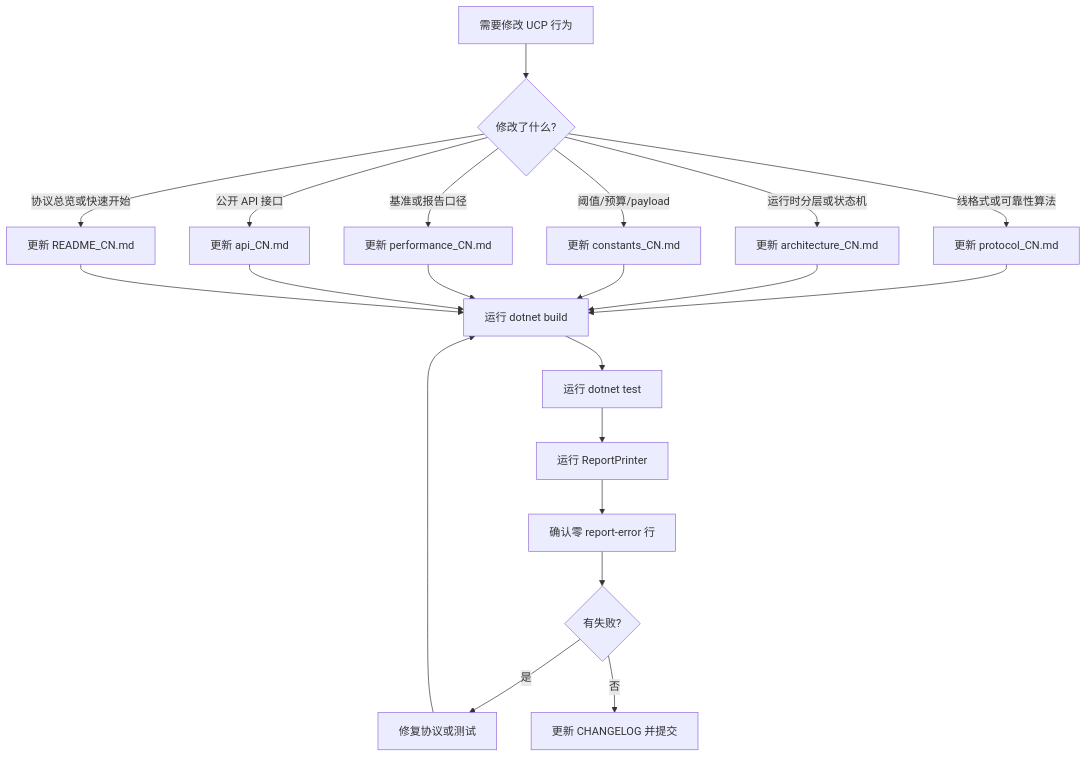
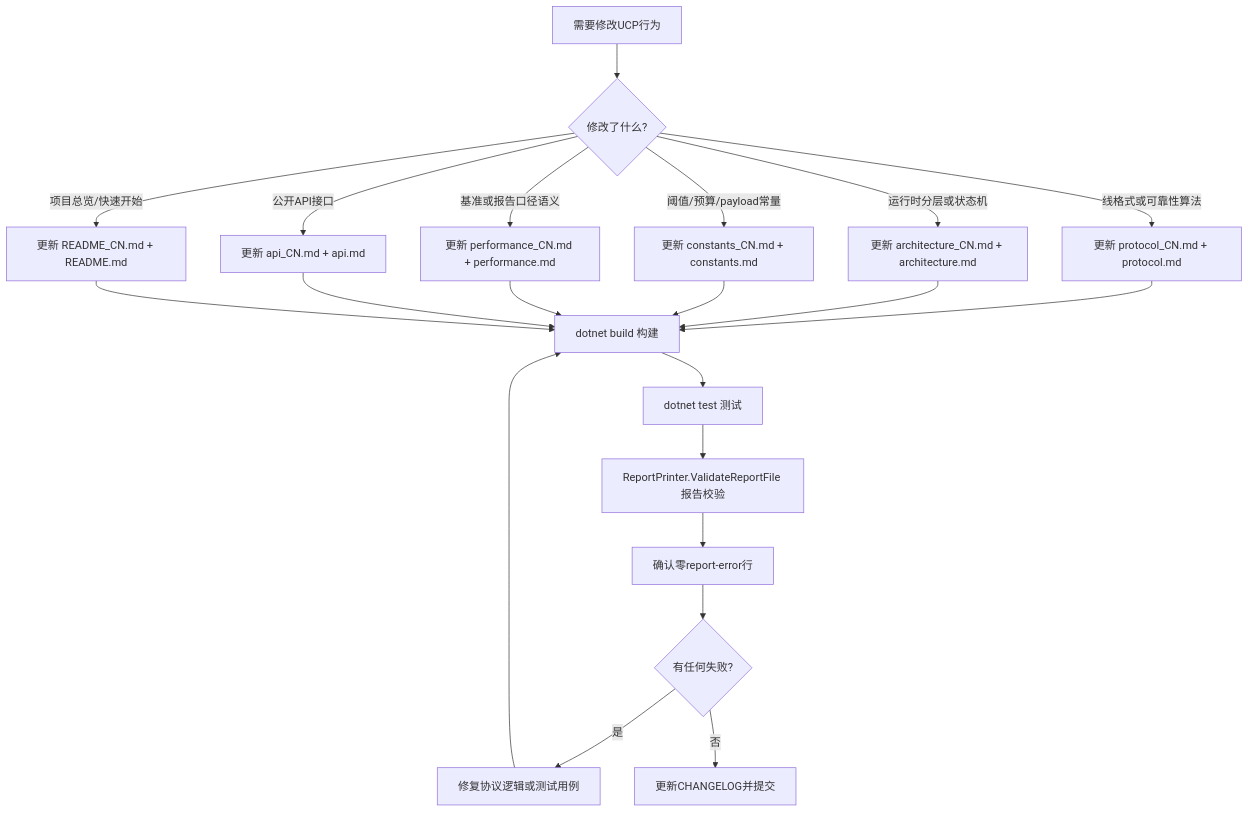
Before and after one commit to liulilittle/ucp: diagram 11 of 11 in docs/index_CN.md, drawn with Mermaid. The commit also changed other lines of this file and 43 other files, not shown here.

````diff
--- a/docs/index_CN.md
+++ b/docs/index_CN.md
@@ -243,23 +515,23 @@
 ```mermaid
 flowchart TD
-    A[需要修改 UCP 行为] --> B{修改了什么?}
-    B -->|线格式或可靠性算法| C[更新 protocol_CN.md]
-    B -->|运行时分层或状态机| D[更新 architecture_CN.md]
-    B -->|阈值/预算/payload| E[更新 constants_CN.md]
-    B -->|基准或报告口径| F[更新 performance_CN.md]
-    B -->|公开 API 接口| G[更新 api_CN.md]
-    B -->|协议总览或快速开始| H[更新 README_CN.md]
-    C --> I[运行 dotnet build]
+    A["需要修改UCP行为"] --> B{"修改了什么?"}
+    B -->|"线格式或可靠性算法"| C["更新 protocol_CN.md + protocol.md"]
+    B -->|"运行时分层或状态机"| D["更新 architecture_CN.md + architecture.md"]
+    B -->|"阈值/预算/payload常量"| E["更新 constants_CN.md + constants.md"]
+    B -->|"基准或报告口径语义"| F["更新 performance_CN.md + performance.md"]
+    B -->|"公开API接口"| G["更新 api_CN.md + api.md"]
+    B -->|"项目总览/快速开始"| H["更新 README_CN.md + README.md"]
+    C --> I["dotnet build 构建"]
     D --> I
     E --> I
     F --> I
     G --> I
     H --> I
-    I --> J[运行 dotnet test]
-    J --> K[运行 ReportPrinter]
-    K --> L[确认零 report-error 行]
-    L --> M{有失败?}
-    M -->|是| N[修复协议或测试]
-    M -->|否| O[更新 CHANGELOG 并提交]
+    I --> J["dotnet test 测试"]
+    J --> K["ReportPrinter.ValidateReportFile 报告校验"]
+    K --> L["确认零report-error行"]
+    L --> M{"有任何失败?"}
+    M -->|"是"| N["修复协议逻辑或测试用例"]
+    M -->|"否"| O["更新CHANGELOG并提交"]
     N --> I
 ```
````
